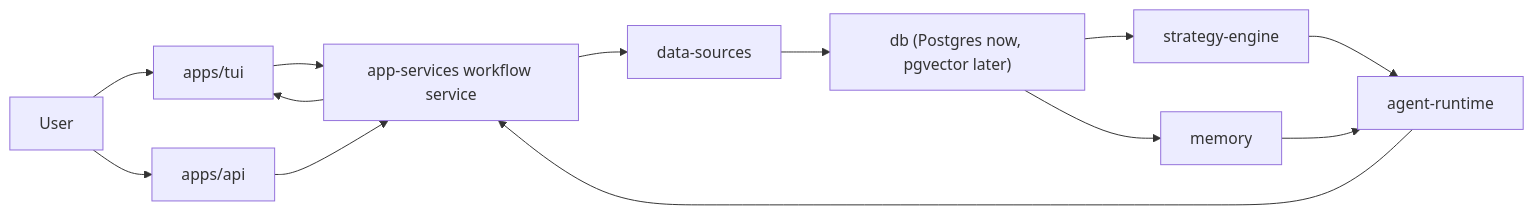
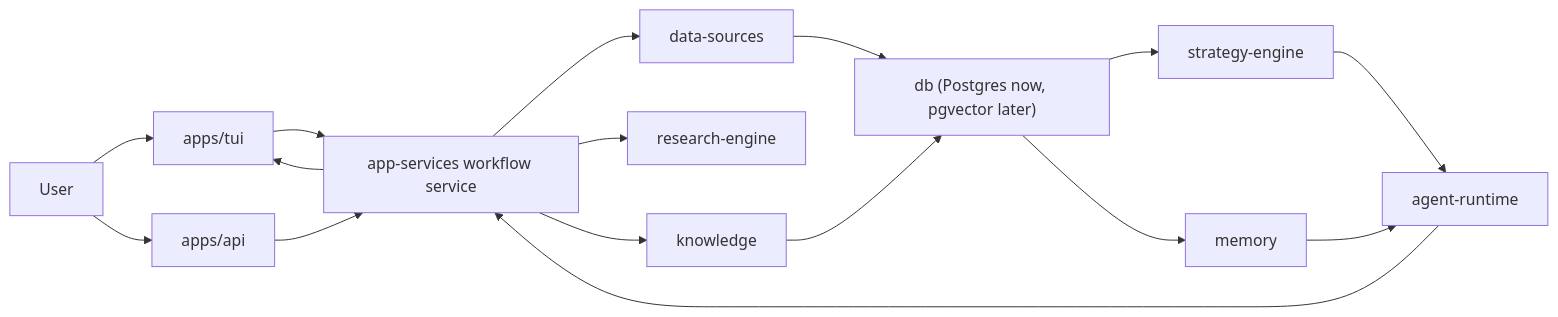
One commit to decocereus/tradeai changed the first of 5 diagrams in docs/architecture.md. Above: the diagram before and after it, drawn with Mermaid. The commit also changed other lines of this file and 4 other files, not shown here.

Commit message:
docs: refresh tradeai architecture status

````diff
--- a/docs/architecture.md
+++ b/docs/architecture.md
@@ -16,15 +16,18 @@
 ```mermaid
 flowchart LR
     U["User"] --> T["apps/tui"]
     U --> API["apps/api"]
     T --> S["app-services workflow service"]
     API --> S
     S --> DS["data-sources"]
+    S --> RE["research-engine"]
+    S --> K["knowledge"]
     DS --> DB["db (Postgres now, pgvector later)"]
+    K --> DB
     DB --> ST["strategy-engine"]
     DB --> M["memory"]
     ST --> A["agent-runtime"]
     M --> A
     A --> S
     S --> T
 ```
````
